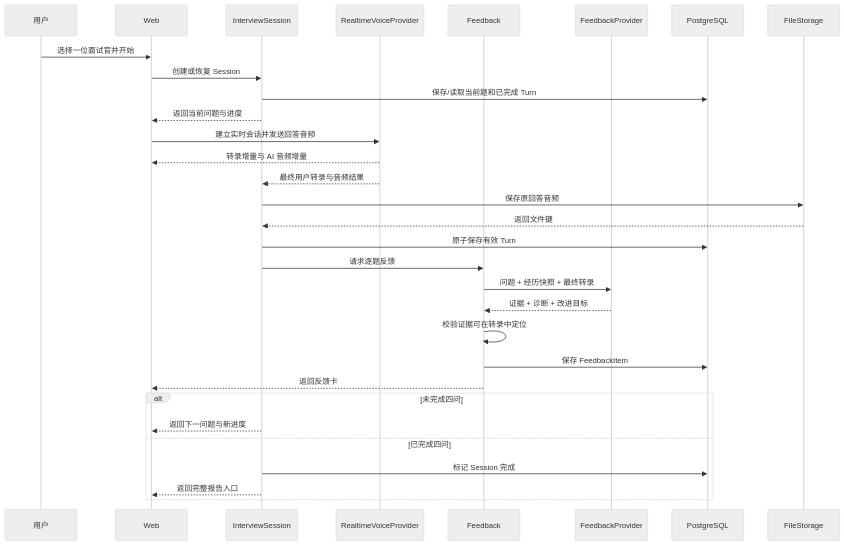
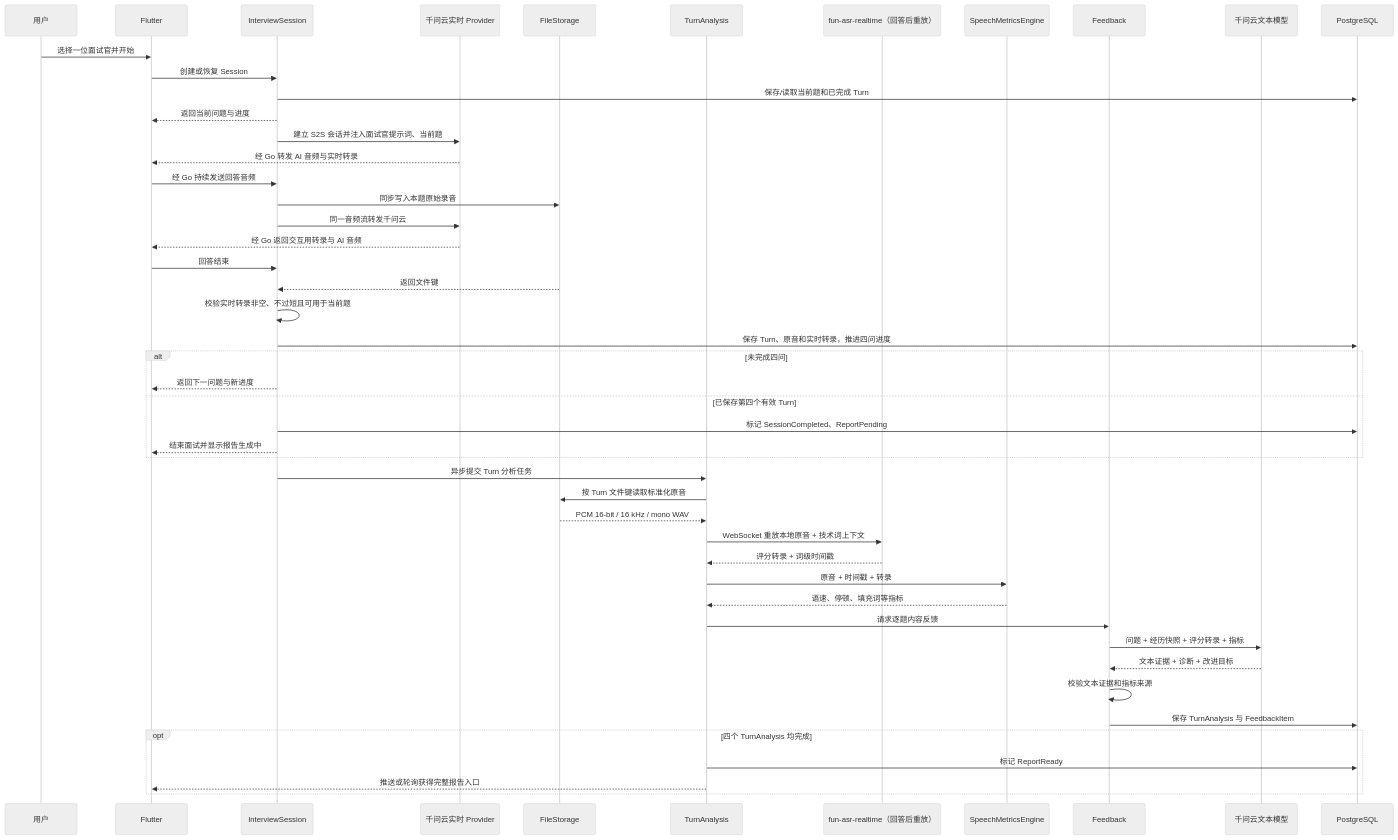
The sixth of 12 diagrams in docs/superpowers/specs/2026-07-14-ms1-system-architecture-design.md (Lq0412/ai-en-coach), drawn with Mermaid (neutral theme) before and after one commit. The commit also changed other lines of this file, not shown here.

First line of the commit message:
docs(architecture): 定稿 MS1 系统架构与技术选型

````diff
--- a/docs/superpowers/specs/2026-07-14-ms1-system-architecture-design.md
+++ b/docs/superpowers/specs/2026-07-14-ms1-system-architecture-design.md
@@ -308,37 +375,55 @@
 ```mermaid
 sequenceDiagram
   participant U as 用户
-  participant W as Web
+  participant F as Flutter
   participant S as InterviewSession
-  participant V as RealtimeVoiceProvider
-  participant F as Feedback
-  participant FP as FeedbackProvider
+  participant V as 千问云实时 Provider
+  participant FS as FileStorage
+  participant A as TurnAnalysis
+  participant ASR as fun-asr-realtime（回答后重放）
+  participant M as SpeechMetricsEngine
+  participant FB as Feedback
+  participant FP as 千问云文本模型
   participant DB as PostgreSQL
-  participant FS as FileStorage
 
-  U->>W: 选择一位面试官并开始
-  W->>S: 创建或恢复 Session
+  U->>F: 选择一位面试官并开始
+  F->>S: 创建或恢复 Session
   S->>DB: 保存/读取当前题和已完成 Turn
-  S-->>W: 返回当前问题与进度
+  S-->>F: 返回当前问题与进度
 
-  W->>V: 建立实时会话并发送回答音频
-  V-->>W: 转录增量与 AI 音频增量
-  V-->>S: 最终用户转录与音频结果
-  S->>FS: 保存原回答音频
+  S->>V: 建立 S2S 会话并注入面试官提示词、当前题
+  V-->>F: 经 Go 转发 AI 音频与实时转录
+  F->>S: 经 Go 持续发送回答音频
+  S->>FS: 同步写入本题原始录音
+  S->>V: 同一音频流转发千问云
+  V-->>F: 经 Go 返回交互用转录与 AI 音频
+  F->>S: 回答结束
   FS-->>S: 返回文件键
-  S->>DB: 原子保存有效 Turn
-
-  S->>F: 请求逐题反馈
-  F->>FP: 问题 + 经历快照 + 最终转录
-  FP-->>F: 证据 + 诊断 + 改进目标
-  F->>F: 校验证据可在转录中定位
-  F->>DB: 保存 FeedbackItem
-  F-->>W: 返回反馈卡
+  S->>S: 校验实时转录非空、不过短且可用于当前题
+  S->>DB: 保存 Turn、原音和实时转录，推进四问进度
 
   alt 未完成四问
-    S-->>W: 返回下一问题与新进度
-  else 已完成四问
-    S->>DB: 标记 Session 完成
-    S-->>W: 返回完整报告入口
+    S-->>F: 返回下一问题与新进度
+  else 已保存第四个有效 Turn
+    S->>DB: 标记 SessionCompleted、ReportPending
+    S-->>F: 结束面试并显示报告生成中
+  end
+
+  S->>A: 异步提交 Turn 分析任务
+  A->>FS: 按 Turn 文件键读取标准化原音
+  FS-->>A: PCM 16-bit / 16 kHz / mono WAV
+  A->>ASR: WebSocket 重放本地原音 + 技术词上下文
+  ASR-->>A: 评分转录 + 词级时间戳
+  A->>M: 原音 + 时间戳 + 转录
+  M-->>A: 语速、停顿、填充词等指标
+  A->>FB: 请求逐题内容反馈
+  FB->>FP: 问题 + 经历快照 + 评分转录 + 指标
+  FP-->>FB: 文本证据 + 诊断 + 改进目标
+  FB->>FB: 校验文本证据和指标来源
+  FB->>DB: 保存 TurnAnalysis 与 FeedbackItem
+
+  opt 四个 TurnAnalysis 均完成
+    A->>DB: 标记 ReportReady
+    A-->>F: 推送或轮询获得完整报告入口
   end
 ```
````
